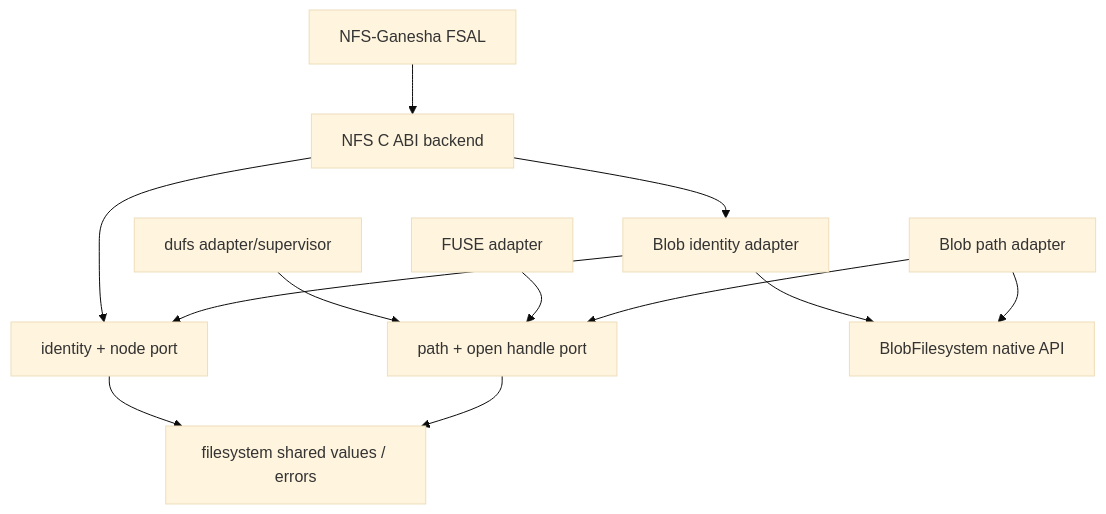
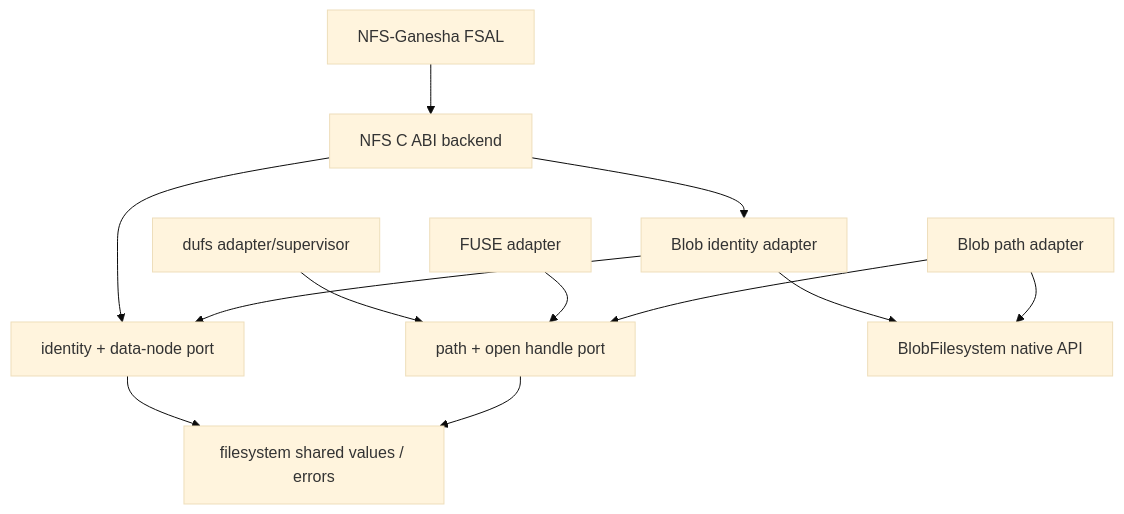
Before and after one commit to fanyang89/zettide: the diagram in docs/architecture/zh-CN/filesystem-api-map.md, drawn with Mermaid (base theme). The commit also changed other lines of this file and 115 other files, not shown here.

First line of the commit message:
refactor: rename node service to data node

````diff
--- a/docs/architecture/zh-CN/filesystem-api-map.md
+++ b/docs/architecture/zh-CN/filesystem-api-map.md
@@ -27,25 +27,25 @@
 ```mermaid
 flowchart TD
     TYPES[filesystem shared values / errors]
     PATH[path + open handle port]
-    ID[identity + node port]
+    ID[identity + data-node port]
     BLOB[BlobFilesystem native API]
     PADAPTER[Blob path adapter]
     IADAPTER[Blob identity adapter]
     FUSE[FUSE adapter]
     DUFS[dufs adapter/supervisor]
     NFSABI[NFS C ABI backend]
     FSAL[NFS-Ganesha FSAL]
 
     PATH --> TYPES
     ID --> TYPES
     PADAPTER --> PATH
     PADAPTER --> BLOB
     IADAPTER --> ID
     IADAPTER --> BLOB
     FUSE --> PATH
     DUFS --> PATH
     NFSABI --> ID
     NFSABI --> IADAPTER
     FSAL --> NFSABI
 ```
````
